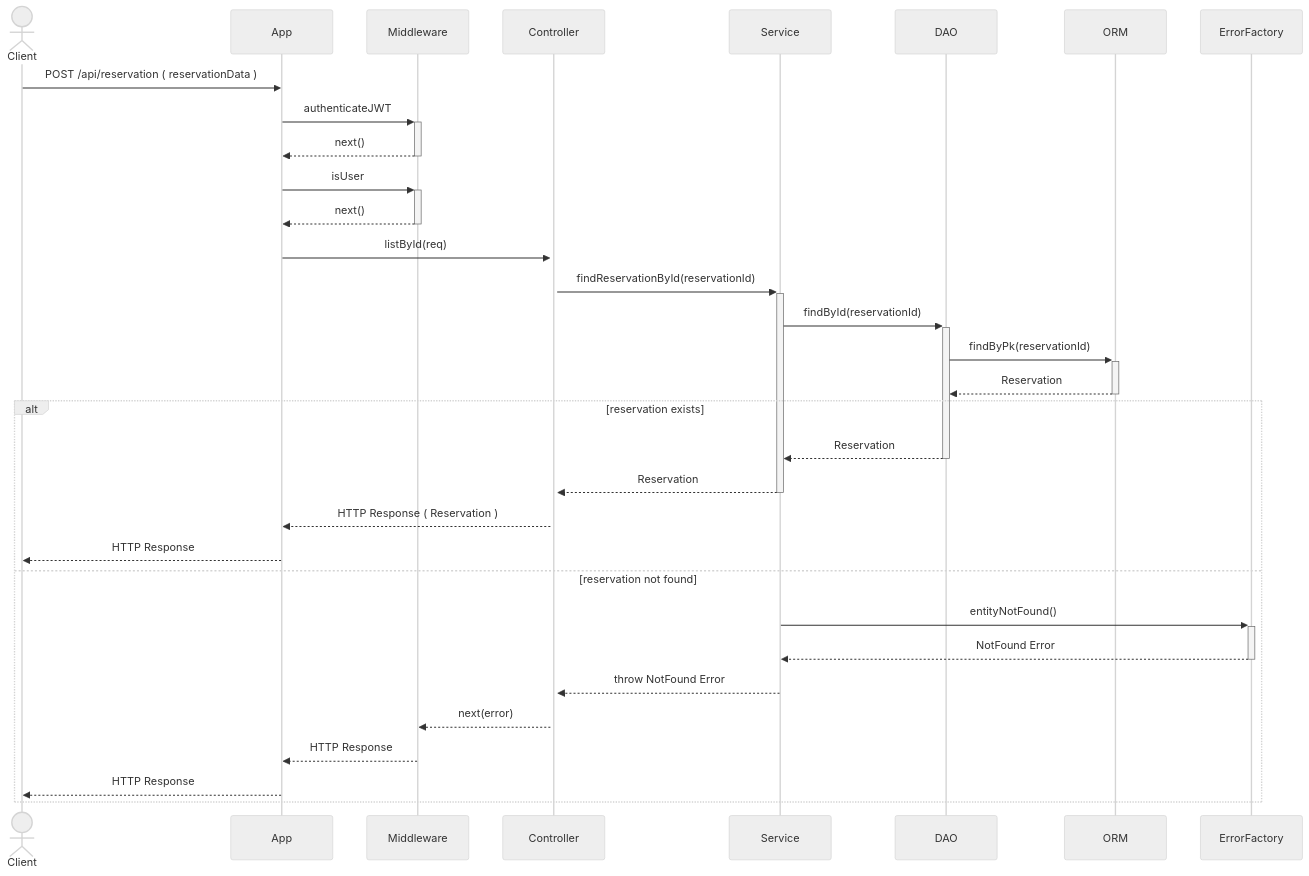
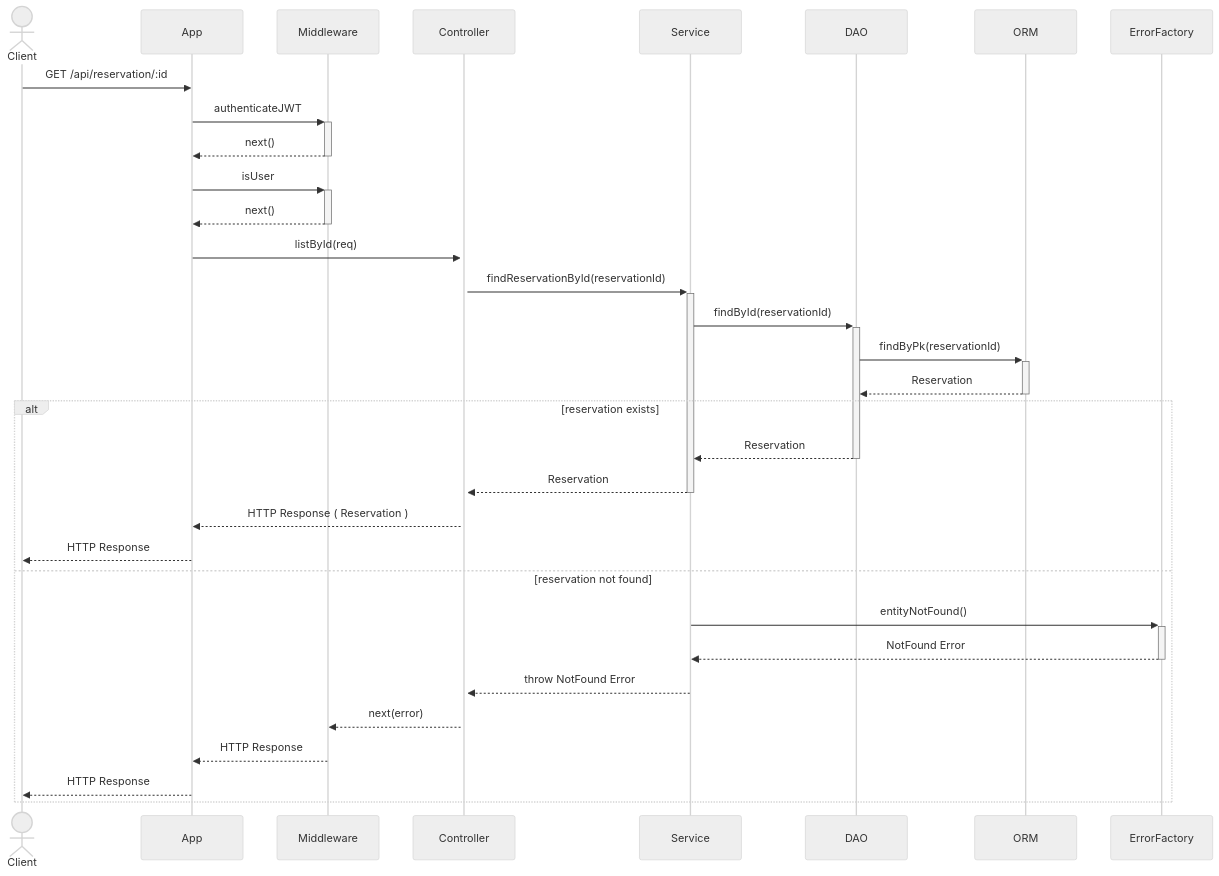
Before and after one commit to niccolociotti/parking_PA: the fourth of 7 diagrams in README.md, drawn with Mermaid (neutral theme). The commit also changed other lines of this file, not shown here.

````diff
--- a/README.md
+++ b/README.md
@@ -392,36 +407,36 @@
 ```mermaid
 sequenceDiagram
     actor Client
     participant App
     participant Middleware
     participant Controller
     participant Service
     participant DAO
     participant ORM
     participant ErrorFactory
 
-    Client->>App: POST /api/reservation ( reservationData )
+    Client->>App: GET /api/reservation/:id 
     App->>+Middleware: authenticateJWT
     Middleware-->>-App: next()
     App->>+Middleware: isUser
     Middleware-->>-App: next()
     App->>+Controller: listById(req)
     Controller->>+Service: findReservationById(reservationId)
         Service->>+DAO: findById(reservationId)
         DAO->>+ORM: findByPk(reservationId)
         ORM-->>-DAO: Reservation
         alt reservation exists
             DAO-->>-Service: Reservation
             Service-->>-Controller: Reservation
             Controller-->>App: HTTP Response ( Reservation )
             App-->>Client: HTTP Response
             else reservation not found
                 Service->>+ErrorFactory: entityNotFound()
                 ErrorFactory-->>-Service: NotFound Error
                 Service-->>Controller: throw NotFound Error
                 Controller-->>Middleware: next(error)
                 Middleware-->>App: HTTP Response
                 App-->>Client: HTTP Response
     end
 
 ```
````
